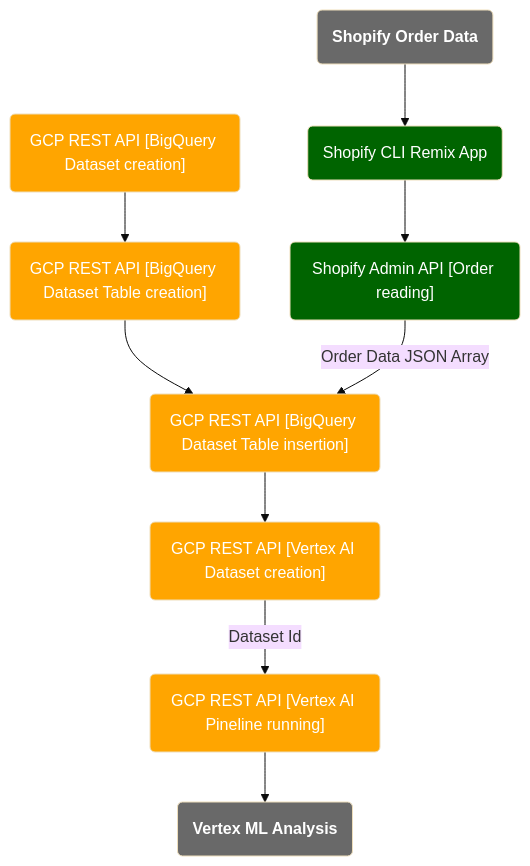
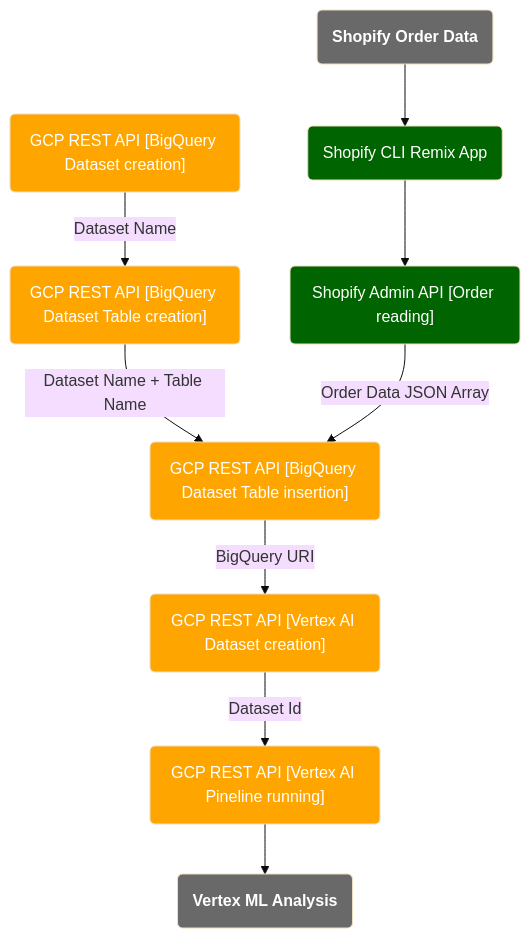
One commit to benzookapi/shopify-gcp-demo changed the diagram in README.GCP.md. Above: the diagram before and after it, drawn with Mermaid (base theme). The commit also changed other lines of this file, not shown here.

````diff
--- a/README.GCP.md
+++ b/README.GCP.md
@@ -1,58 +3,58 @@
 ```mermaid
 
 graph TD
 
   ShopifyOrders("Shopify Order Data")
 
   ShopifyApp("Shopify CLI Remix App")
 
   ShopifyApi("Shopify Admin API [Order reading]")
 
   GcpRestApiBigQueryDataSet("GCP REST API [BigQuery Dataset creation]")
 
   GcpRestApiBigQueryTable("GCP REST API [BigQuery Dataset Table creation]")
 
   GcpRestApiBigQueryInsert("GCP REST API [BigQuery Dataset Table insertion]")
 
   GcpRestApiVertexDataset("GCP REST API [Vertex AI Dataset creation]")
 
   GcpRestApiVertexRun("GCP REST API [Vertex AI Pineline running]")
 
   GcpRestApiVertexResult("Vertex ML Analysis")
 
   ShopifyOrders-->ShopifyApp
 
   ShopifyApp-->ShopifyApi
 
-  GcpRestApiBigQueryDataSet-->GcpRestApiBigQueryTable
+  GcpRestApiBigQueryDataSet-->|Dataset Name|GcpRestApiBigQueryTable
 
-  GcpRestApiBigQueryTable-->GcpRestApiBigQueryInsert
+  GcpRestApiBigQueryTable-->|Dataset Name + Table Name|GcpRestApiBigQueryInsert
 
   ShopifyApi-->|Order Data JSON Array|GcpRestApiBigQueryInsert
 
-  GcpRestApiBigQueryInsert-->GcpRestApiVertexDataset
+  GcpRestApiBigQueryInsert-->|BigQuery URI|GcpRestApiVertexDataset
 
   GcpRestApiVertexDataset-->|Dataset Id|GcpRestApiVertexRun
 
   GcpRestApiVertexRun-->GcpRestApiVertexResult
 
 
   classDef edge1 fill:#696969,color:white,font-weight:bold
   class ShopifyOrders edge1
 
   classDef shopify fill:#006400,color:white
   class ShopifyApp,ShopifyApi shopify
 
   classDef gcp fill:#FFA500,color:white
   class GcpRestApiBigQueryDataSet,GcpRestApiBigQueryTable,GcpRestApiBigQueryInsert,GcpRestApiVertexDataset,GcpRestApiVertexRun gcp
 
   classDef edge2 fill:#696969,color:white,font-weight:bold
   class GcpRestApiVertexResult edge2
 
 
 
 
 
 
 
 ```
````
